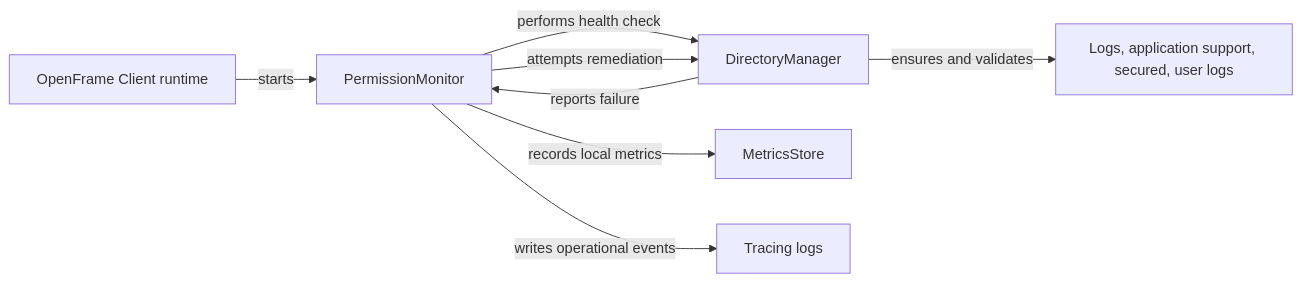
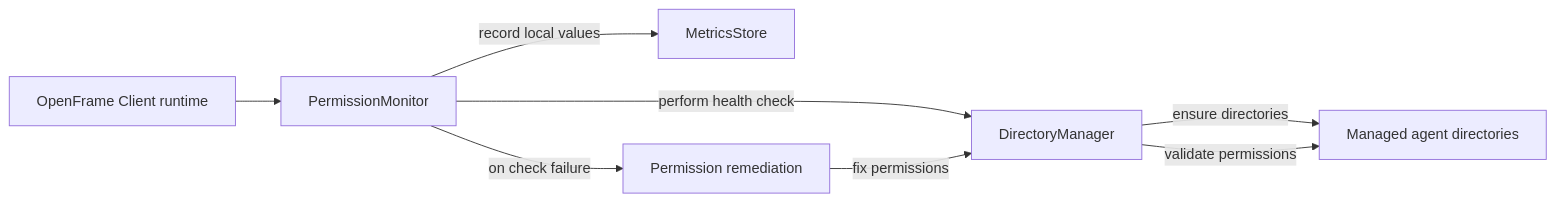
The first of 3 diagrams in docs/reference/architecture/openframe-client-core/monitoring-permissions/monitoring-permissions.md (flamingo-stack/openframe-oss-tenant), drawn with Mermaid before and after one commit. The commit also changed other lines of this file and 2377 other files, not shown here.

````diff
--- a/docs/reference/architecture/openframe-client-core/monitoring-permissions/monitoring-permissions.md
+++ b/docs/reference/architecture/openframe-client-core/monitoring-permissions/monitoring-permissions.md
@@ -20,10 +19,10 @@
 ```mermaid
 flowchart LR
-    ClientRuntime["OpenFrame Client runtime"] -->|"starts"| PermissionMonitor["PermissionMonitor"]
-    PermissionMonitor -->|"performs health check"| DirectoryManager["DirectoryManager"]
-    DirectoryManager -->|"ensures and validates"| ManagedDirectories["Logs, application support, secured, user logs"]
-    PermissionMonitor -->|"records local metrics"| MetricsStore["MetricsStore"]
-    PermissionMonitor -->|"writes operational events"| Tracing["Tracing logs"]
-    DirectoryManager -->|"reports failure"| PermissionMonitor
-    PermissionMonitor -->|"attempts remediation"| DirectoryManager
+    ClientRuntime["OpenFrame Client runtime"] --> Monitor["PermissionMonitor"]
+    Monitor -->|"perform health check"| DirectoryManager["DirectoryManager"]
+    DirectoryManager -->|"ensure directories"| ManagedPaths["Managed agent directories"]
+    DirectoryManager -->|"validate permissions"| ManagedPaths
+    Monitor -->|"record local values"| MetricsStore["MetricsStore"]
+    Monitor -->|"on check failure"| Remediation["Permission remediation"]
+    Remediation -->|"fix permissions"| DirectoryManager
 ```
````
